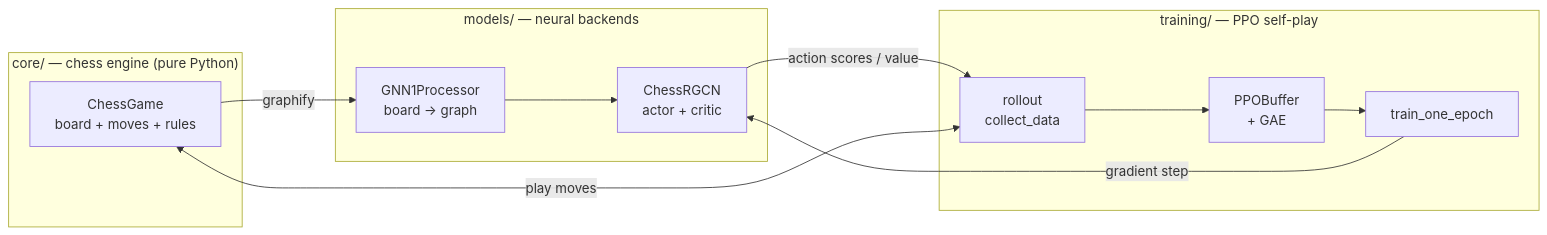
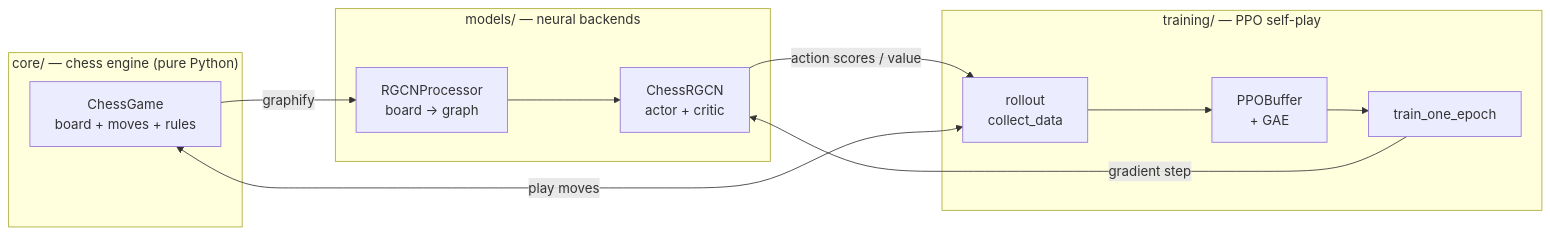
One commit to lucastabary/kAIsparov changed the diagram in README.md. Above: the diagram before and after it, drawn with Mermaid. The commit also changed other lines of this file and 16 other files, not shown here.

Commit message:
Rename gnn_v1 backend to rgcn (architecture-based name) + add model README

````diff
--- a/README.md
+++ b/README.md
@@ -57,19 +57,19 @@
 ```mermaid
 flowchart LR
     subgraph core["core/ — chess engine (pure Python)"]
         B[ChessGame<br/>board + moves + rules]
     end
     subgraph models["models/ — neural backends"]
-        P[GNN1Processor<br/>board → graph]
+        P[RGCNProcessor<br/>board → graph]
         M[ChessRGCN<br/>actor + critic]
     end
     subgraph training["training/ — PPO self-play"]
         R[rollout<br/>collect_data]
         BUF[PPOBuffer<br/>+ GAE]
         UP[train_one_epoch]
     end
     B -->|graphify| P --> M
     M -->|action scores / value| R
     B <-->|play moves| R
     R --> BUF --> UP -->|gradient step| M
 ```
````
